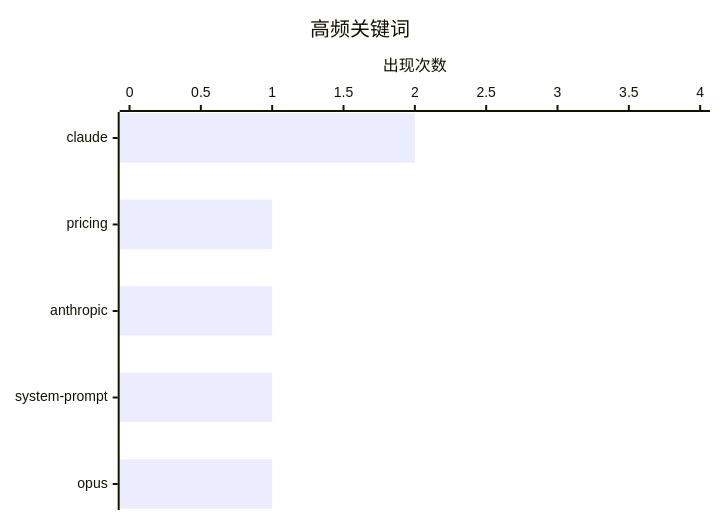
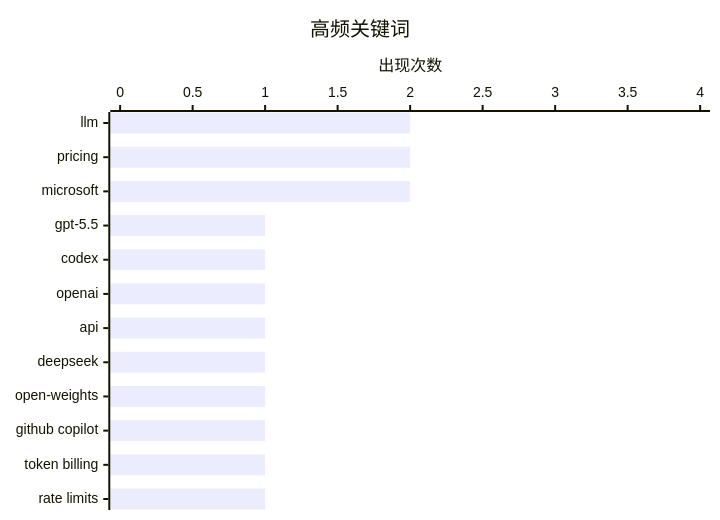
Before and after one commit to originem0/SZBlog: the second of 2 diagrams in content/ai-daily/2026-04-19.md, drawn with Mermaid. The commit also changed other lines of this file, not shown here.

````diff
--- a/content/ai-daily/2026-04-19.md
+++ b/content/ai-daily/2026-04-19.md
@@ -55,7 +72,7 @@
 ```mermaid
 xychart-beta horizontal
     title "高频关键词"
-    x-axis ["claude", "pricing", "anthropic", "system-prompt", "opus"]
+    x-axis ["llm", "pricing", "microsoft", "gpt-5.5", "codex", "openai", "api", "deepseek", "open-weights", "github copilot", "token billing", "rate limits"]
     y-axis "出现次数" 0 --> 4
-    bar [2, 1, 1, 1, 1]
+    bar [2, 2, 2, 1, 1, 1, 1, 1, 1, 1, 1, 1]
 ```
````
